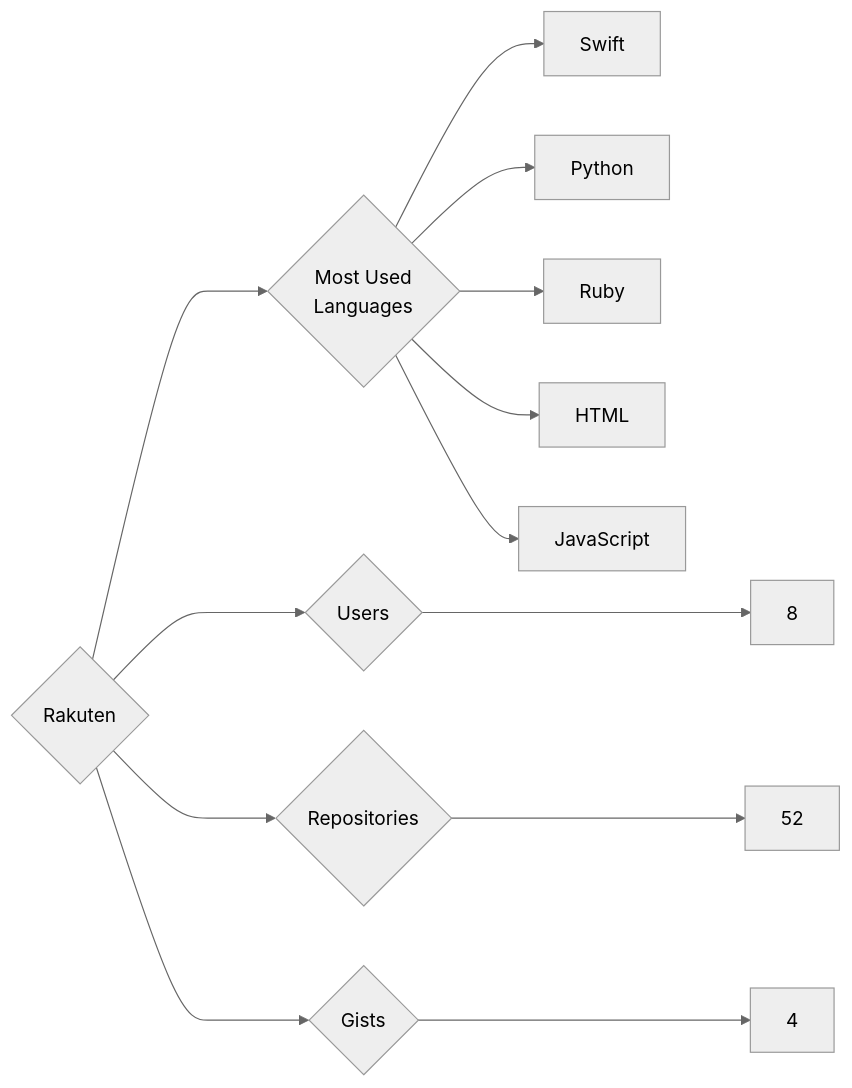
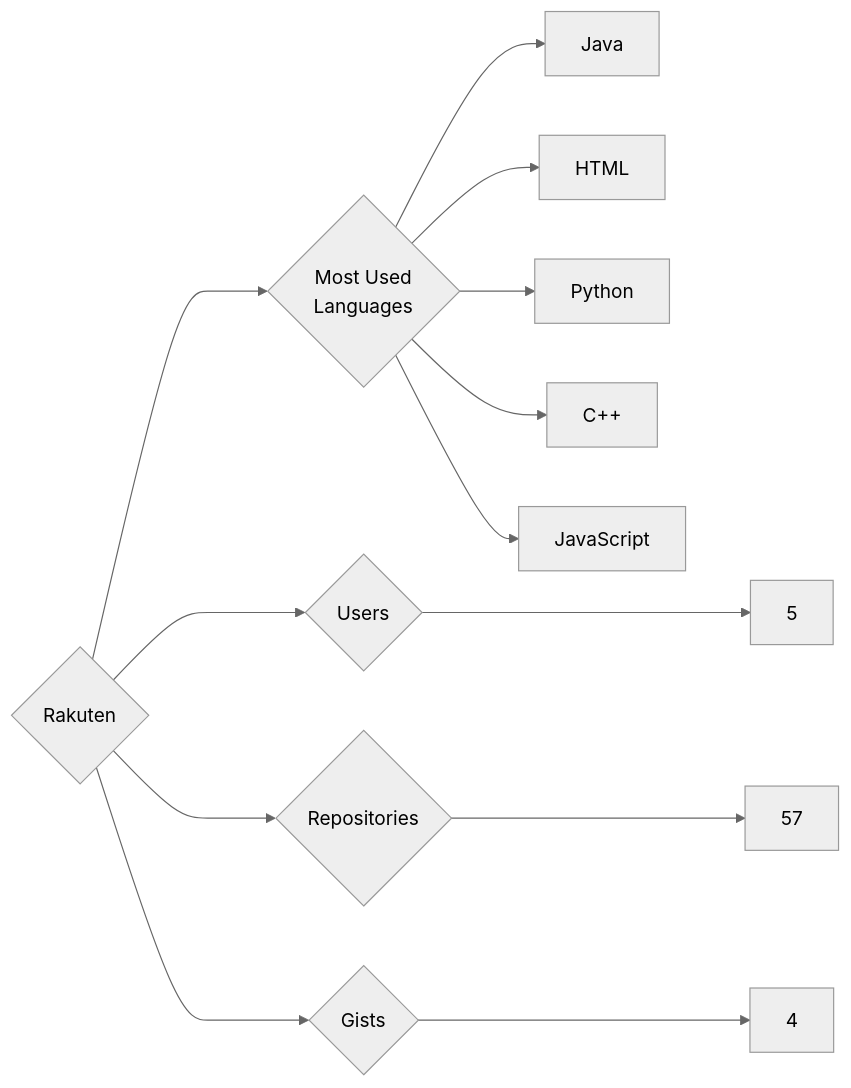
Before and after one commit to trickest/insiders: the diagram in targets/Rakuten/README.md, drawn with Mermaid (neutral theme). The commit also changed 1248 other files, not shown here.

````diff
--- a/targets/Rakuten/README.md
+++ b/targets/Rakuten/README.md
@@ -3,13 +3,13 @@
 ```mermaid
 graph LR
 COMPANY_NAME{Rakuten}
-COMPANY_NAME ---> U{Users} ---> UN[8]
-COMPANY_NAME ---> R{Repositories} ---> RN[52]
+COMPANY_NAME ---> U{Users} ---> UN[5]
+COMPANY_NAME ---> R{Repositories} ---> RN[57]
 COMPANY_NAME ---> G{Gists} ---> GN[4]
 COMPANY_NAME ---> ML{Most Used<br>Languages}
-ML --> Swift[Swift]
+ML --> Java[Java]
+ML --> HTML[HTML]
 ML --> Python[Python]
-ML --> Ruby[Ruby]
-ML --> HTML[HTML]
+ML --> C++[C++]
 ML --> JavaScript[JavaScript]
 ```
````
